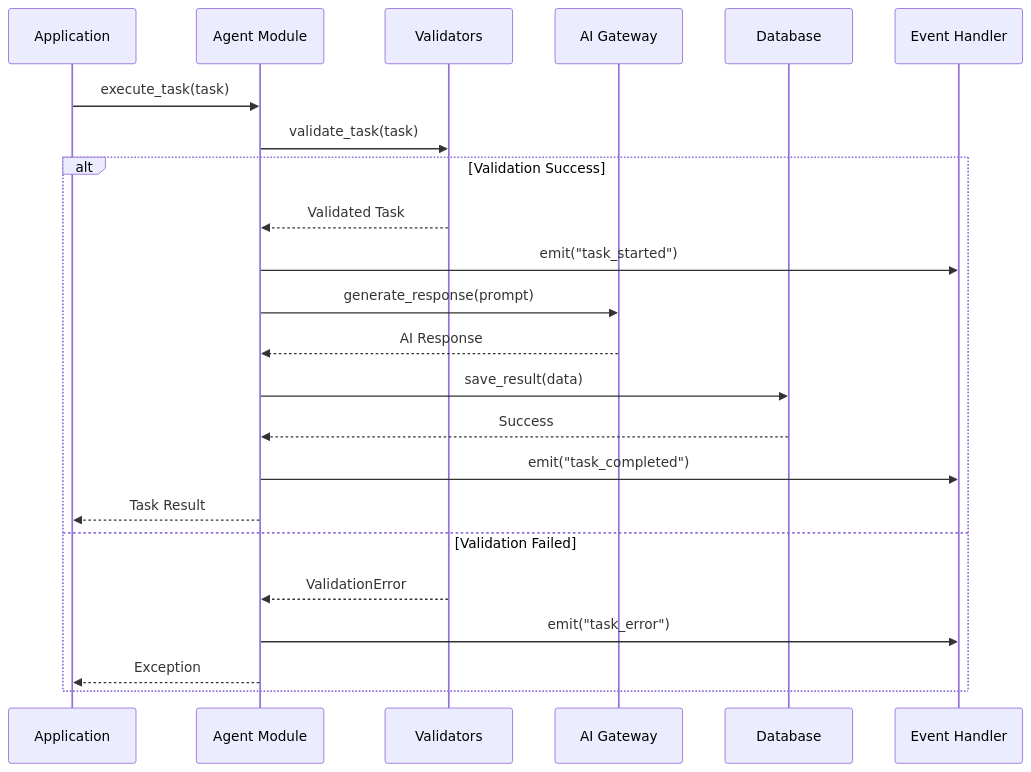
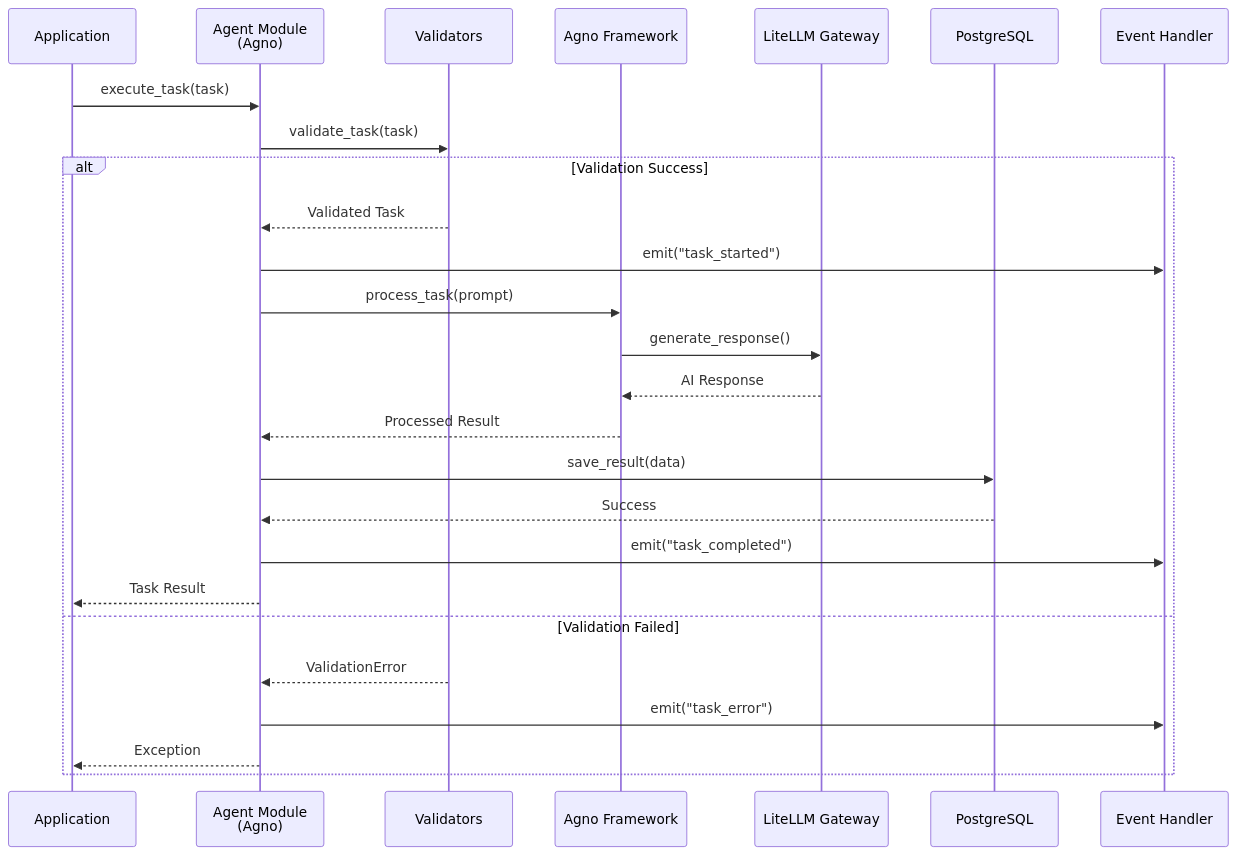
The fourth of 16 diagrams in ARCHITECTURE.md (Kevinparashar/motadata-AI-sdk-2.0), drawn with Mermaid before and after one commit. The commit also changed other lines of this file and 12 other files, not shown here.

````diff
--- a/ARCHITECTURE.md
+++ b/ARCHITECTURE.md
@@ -271,26 +272,29 @@
 ```mermaid
 sequenceDiagram
     participant App as Application
-    participant Agent as Agent Module
+    participant Agent as Agent Module<br/>(Agno)
     participant Validator as Validators
-    participant AI as AI Gateway
-    participant DB as Database
+    participant Agno as Agno Framework
+    participant LiteLLM as LiteLLM Gateway
+    participant DB as PostgreSQL
     participant Event as Event Handler
     
     App->>Agent: execute_task(task)
     Agent->>Validator: validate_task(task)
     alt Validation Success
         Validator-->>Agent: Validated Task
         Agent->>Event: emit("task_started")
-        Agent->>AI: generate_response(prompt)
-        AI-->>Agent: AI Response
+        Agent->>Agno: process_task(prompt)
+        Agno->>LiteLLM: generate_response()
+        LiteLLM-->>Agno: AI Response
+        Agno-->>Agent: Processed Result
         Agent->>DB: save_result(data)
         DB-->>Agent: Success
         Agent->>Event: emit("task_completed")
         Agent-->>App: Task Result
     else Validation Failed
         Validator-->>Agent: ValidationError
         Agent->>Event: emit("task_error")
         Agent-->>App: Exception
     end
 ```
````
